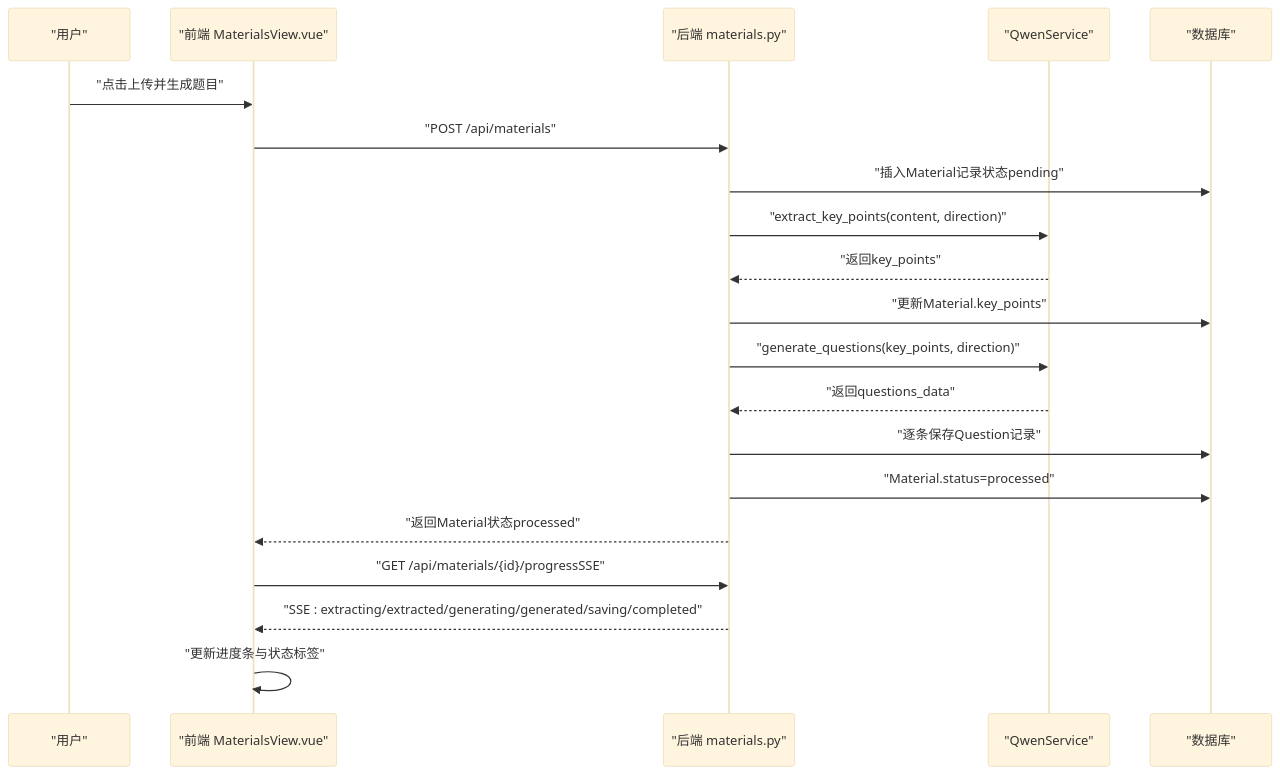
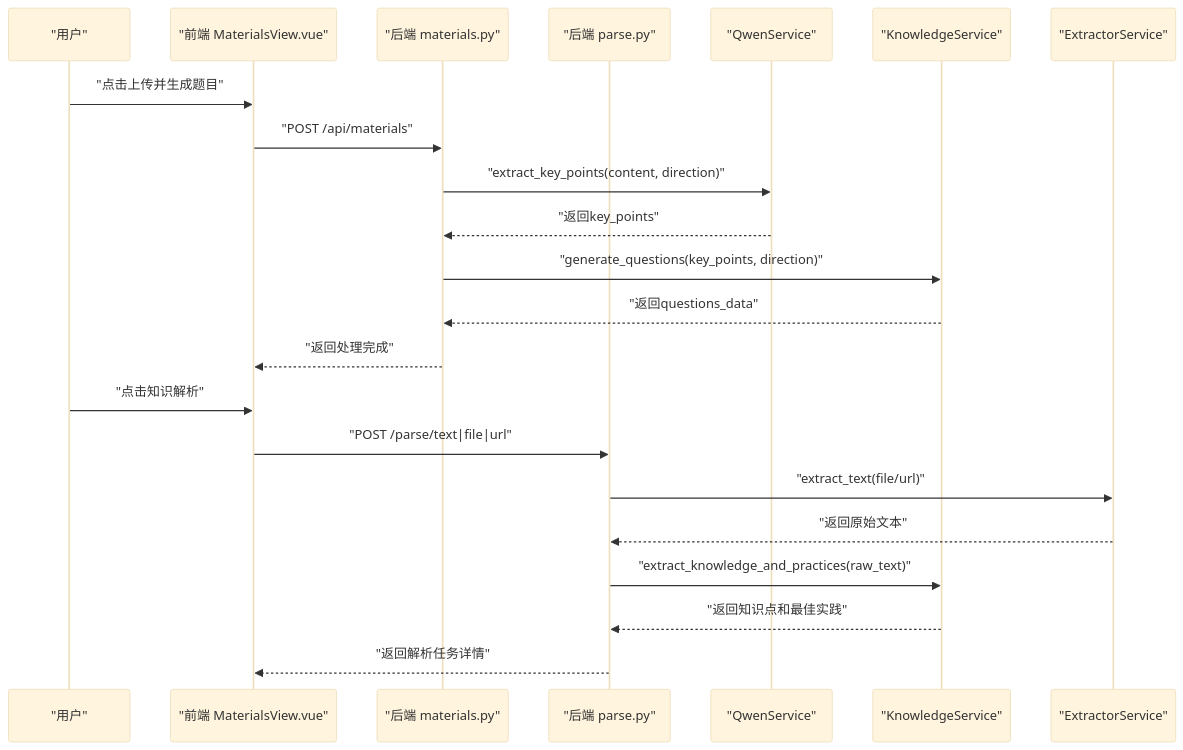
One commit to zhiwenli-jack/personal-learning-manager changed the second of 6 diagrams in .qoder/repowiki/zh/content/前端应用架构/视图组件/资料管理组件.md. Above: the diagram before and after it, drawn with Mermaid (base theme). The commit also changed other lines of this file and 15 other files, not shown here.

````diff
--- a/.qoder/repowiki/zh/content/前端应用架构/视图组件/资料管理组件.md
+++ b/.qoder/repowiki/zh/content/前端应用架构/视图组件/资料管理组件.md
@@ -112,22 +143,24 @@
 ```mermaid
 sequenceDiagram
 participant U as "用户"
 participant F as "前端 MaterialsView.vue"
 participant A as "后端 materials.py"
+participant P as "后端 parse.py"
 participant Q as "QwenService"
-participant D as "数据库"
+participant K as "KnowledgeService"
+participant E as "ExtractorService"
 U->>F : "点击上传并生成题目"
 F->>A : "POST /api/materials"
-A->>D : "插入Material记录状态pending"
 A->>Q : "extract_key_points(content, direction)"
 Q-->>A : "返回key_points"
-A->>D : "更新Material.key_points"
-A->>Q : "generate_questions(key_points, direction)"
-Q-->>A : "返回questions_data"
-A->>D : "逐条保存Question记录"
-A->>D : "Material.status=processed"
-A-->>F : "返回Material状态processed"
-F->>A : "GET /api/materials/{id}/progressSSE"
-A-->>F : "SSE : extracting/extracted/generating/generated/saving/completed"
-F->>F : "更新进度条与状态标签"
+A->>K : "generate_questions(key_points, direction)"
+K-->>A : "返回questions_data"
+A-->>F : "返回处理完成"
+U->>F : "点击知识解析"
+F->>P : "POST /parse/text|file|url"
+P->>E : "extract_text(file/url)"
+E-->>P : "返回原始文本"
+P->>K : "extract_knowledge_and_practices(raw_text)"
+K-->>P : "返回知识点和最佳实践"
+P-->>F : "返回解析任务详情"
 ```
````
